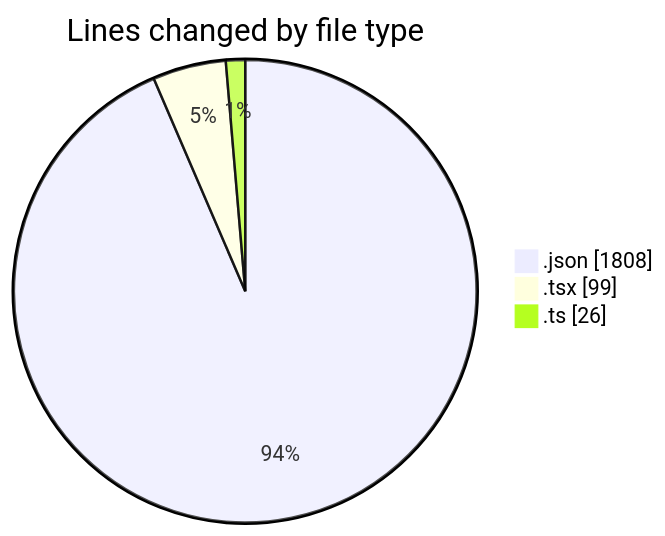
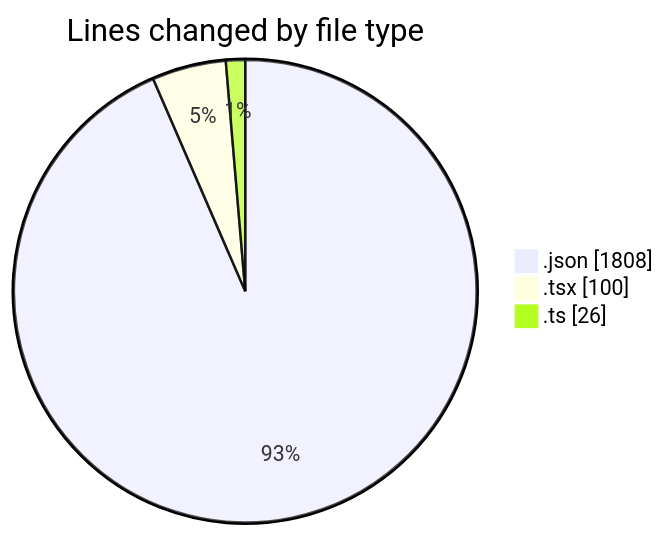
The first of 2 diagrams in 2025-11-19/eventscop-frontend-guide__workspace_/README.md (julien-gomy/code-tracking), drawn with Mermaid before and after one commit. The commit also changed other lines of this file and 1 other file, not shown here.

````diff
--- a/2025-11-19/eventscop-frontend-guide__workspace_/README.md
+++ b/2025-11-19/eventscop-frontend-guide__workspace_/README.md
@@ -30,7 +30,7 @@
 ```mermaid
 pie showData
 title Lines changed by file type
 ".json" : 1808
-".tsx" : 99
+".tsx" : 100
 ".ts" : 26
 ```
````
